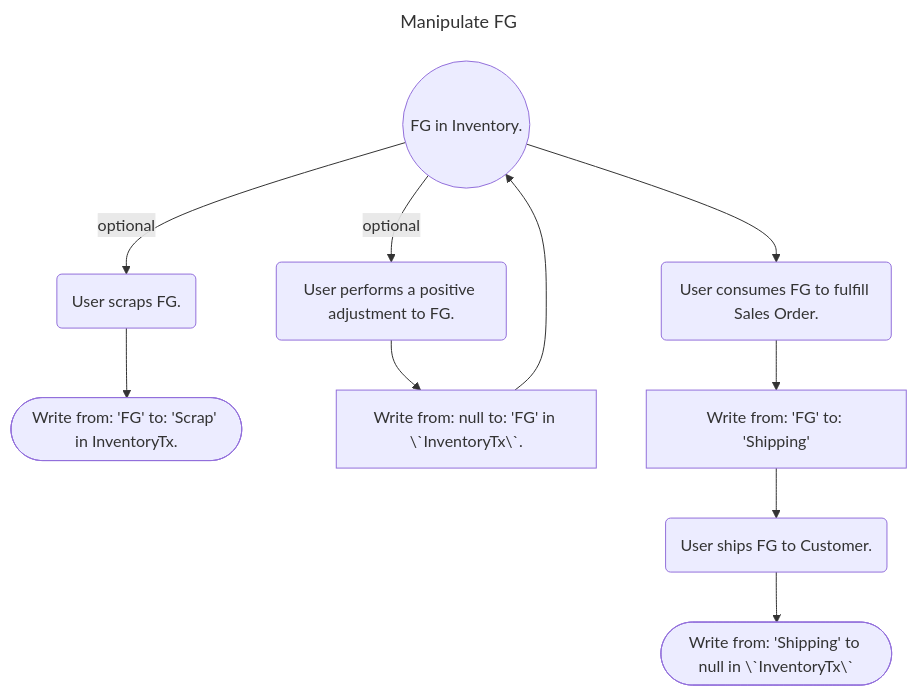
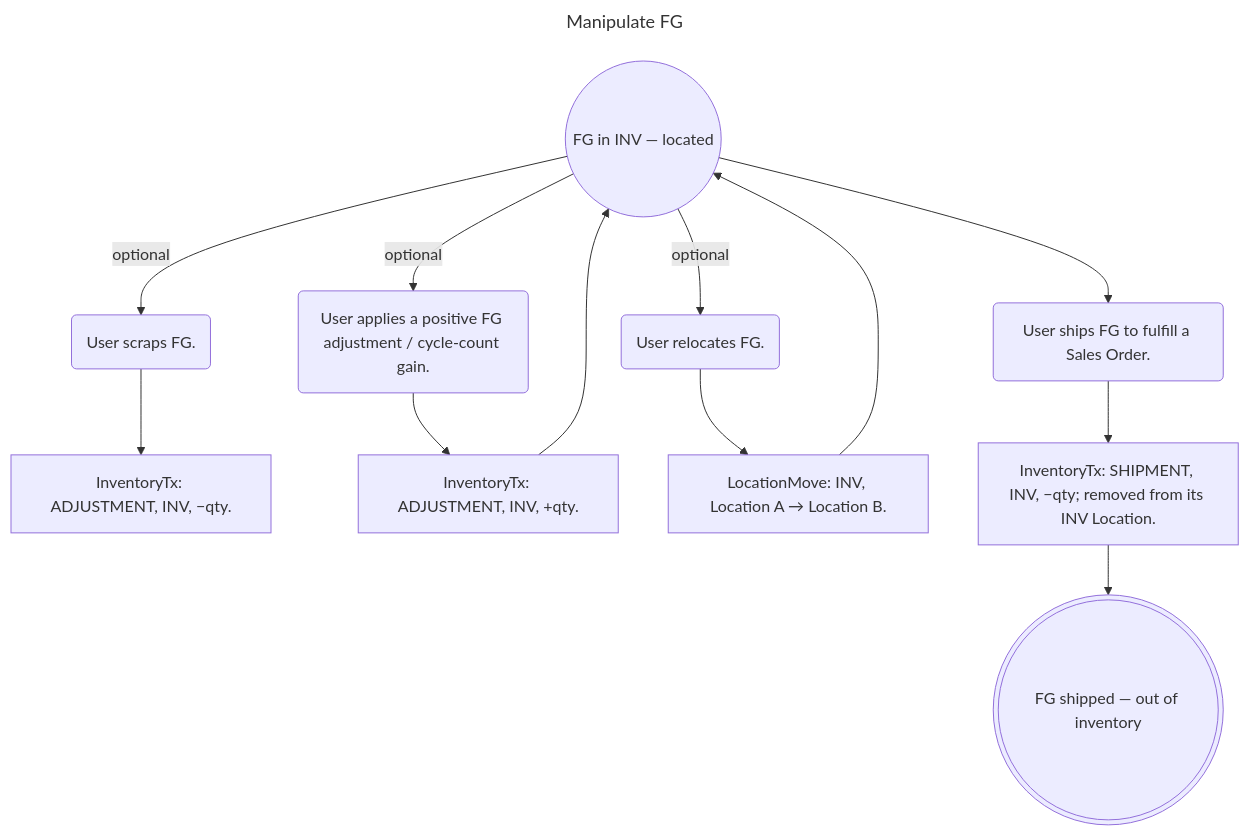
One commit to afi-spencerd/RSM changed the sixth of 8 diagrams in src/tx_table_proposal.md. Above: the diagram before and after it, drawn with Mermaid. The commit also changed other lines of this file, not shown here.

First line of the commit message:
docs: re-model flowcharts to fw3's two-ledger model

````diff
--- a/src/tx_table_proposal.md
+++ b/src/tx_table_proposal.md
@@ -210,19 +214,21 @@
 ```mermaid
 ---
 title: Manipulate FG
 ---
 flowchart TB
-  fg_in_inventory(("FG in Inventory."))
+  fg_in_inventory(("FG in INV — located"))
   scrap_fg("User scraps FG.")
-  tx_scrap_fg(["Write from: 'FG' to: 'Scrap' in InventoryTx."])
-  adjust_fg_positive("User performs a positive adjustment to FG.")
-  tx_adjust_fg_positive["Write from: null to: 'FG' in \`InventoryTx\`."]
-  pick_fg("User consumes FG to fulfill Sales Order.")
-  tx_pick_fg["Write from: 'FG' to: 'Shipping'"]
-  ship_fg("User ships FG to Customer.")
-  tx_ship_fg(["Write from: 'Shipping' to null in \`InventoryTx\`"])
+  tx_scrap_fg["InventoryTx: ADJUSTMENT, INV, −qty."]
+  adjust_fg_positive("User applies a positive FG adjustment / cycle-count gain.")
+  tx_adjust_fg_positive["InventoryTx: ADJUSTMENT, INV, +qty."]
+  relocate_fg("User relocates FG.")
+  tx_relocate_fg["LocationMove: INV, Location A → Location B."]
+  ship_fg("User ships FG to fulfill a Sales Order.")
+  tx_ship_fg["InventoryTx: SHIPMENT, INV, −qty; removed from its INV Location."]
+  fg_shipped((("FG shipped — out of inventory")))
 
   fg_in_inventory -->|optional| scrap_fg --> tx_scrap_fg
   fg_in_inventory -->|optional| adjust_fg_positive --> tx_adjust_fg_positive --> fg_in_inventory
-  fg_in_inventory --> pick_fg --> tx_pick_fg --> ship_fg --> tx_ship_fg
+  fg_in_inventory -->|optional| relocate_fg --> tx_relocate_fg --> fg_in_inventory
+  fg_in_inventory --> ship_fg --> tx_ship_fg --> fg_shipped
 ```
````
